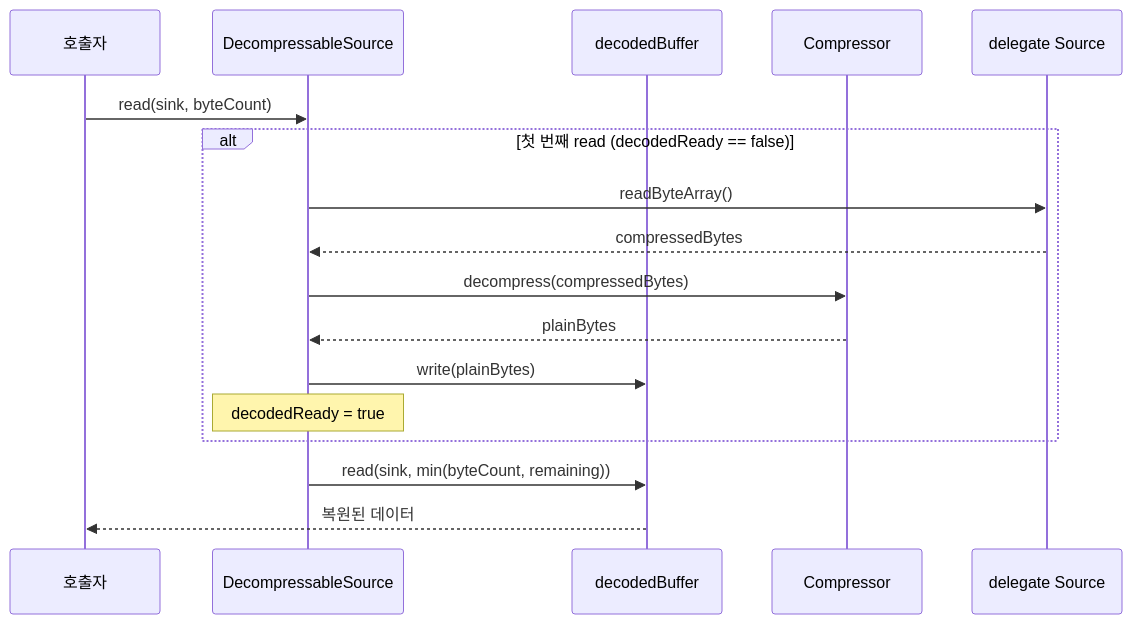
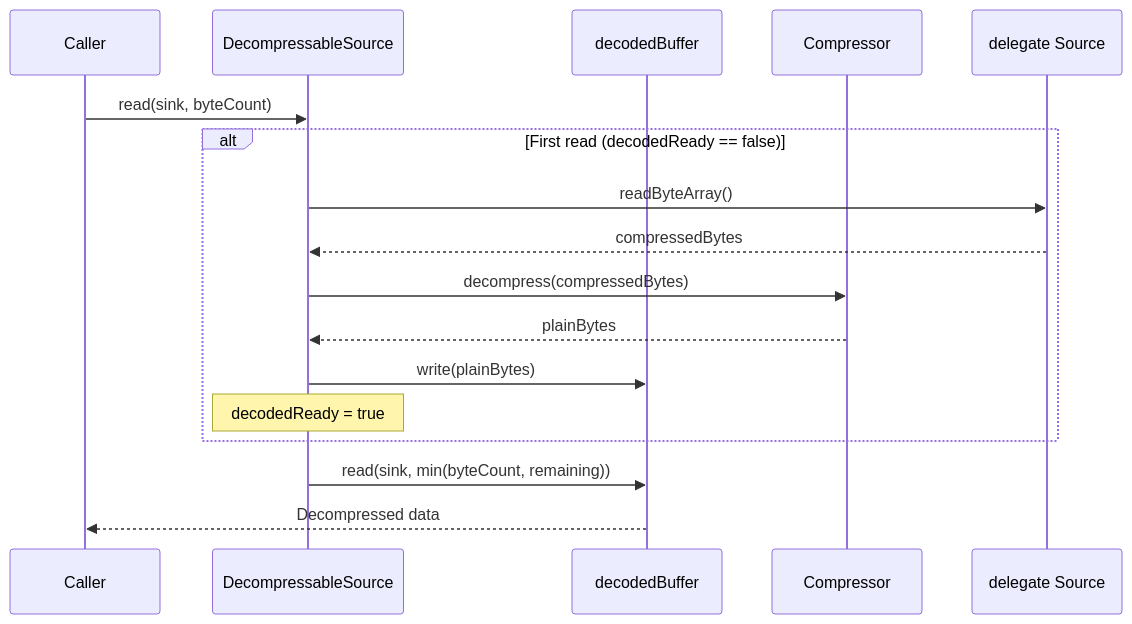
The seventh of 9 diagrams in io/okio/README.md (bluetape4k/bluetape4k-projects), drawn with Mermaid before and after one commit. The commit also changed other lines of this file and 265 other files, not shown here.

````diff
--- a/io/okio/README.md
+++ b/io/okio/README.md
@@ -594,20 +595,20 @@
 ```mermaid
 sequenceDiagram
-    participant C as 호출자
+    participant C as Caller
     participant DS as DecompressableSource
     participant DB as decodedBuffer
     participant Comp as Compressor
     participant D as delegate Source
 
     C->>DS: read(sink, byteCount)
-    alt 첫 번째 read (decodedReady == false)
+    alt First read (decodedReady == false)
         DS->>D: readByteArray()
         D-->>DS: compressedBytes
         DS->>Comp: decompress(compressedBytes)
         Comp-->>DS: plainBytes
         DS->>DB: write(plainBytes)
         Note over DS: decodedReady = true
     end
     DS->>DB: read(sink, min(byteCount, remaining))
-    DB-->>C: 복원된 데이터
+    DB-->>C: Decompressed data
 ```
````
